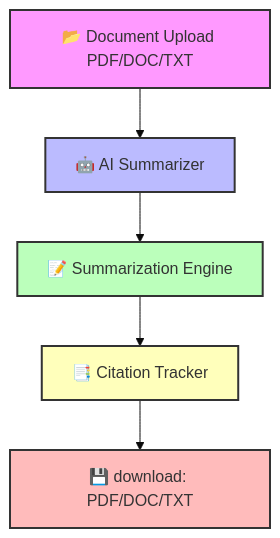
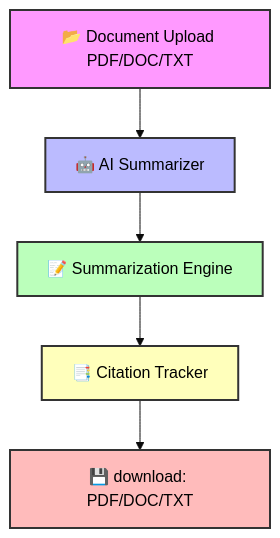
Before and after one commit to manishpatil55/smart-summarizer: the diagram in README.md, drawn with Mermaid (base theme).

````diff
--- a/README.md
+++ b/README.md
@@ -47,14 +47,14 @@
 ```mermaid
 flowchart TD
-    style A fill:#f9f,stroke:#333,stroke-width:2px
-    style B fill:#bbf,stroke:#333,stroke-width:2px
-    style C fill:#bfb,stroke:#333,stroke-width:2px
-    style D fill:#ffb,stroke:#333,stroke-width:2px
-    style E fill:#fbb,stroke:#333,stroke-width:2px
+    style A fill:#f9f,stroke:#333,stroke-width:2px,color:#000
+    style B fill:#bbf,stroke:#333,stroke-width:2px,color:#000
+    style C fill:#bfb,stroke:#333,stroke-width:2px,color:#000
+    style D fill:#ffb,stroke:#333,stroke-width:2px,color:#000
+    style E fill:#fbb,stroke:#333,stroke-width:2px,color:#000
 
     A[📂 Document Upload PDF/DOC/TXT] --> B[🤖 AI Summarizer]
     B --> C[📝 Summarization Engine]
     C --> D[📑 Citation Tracker]
     D --> E[💾 download: PDF/DOC/TXT]
 
 ```
````
